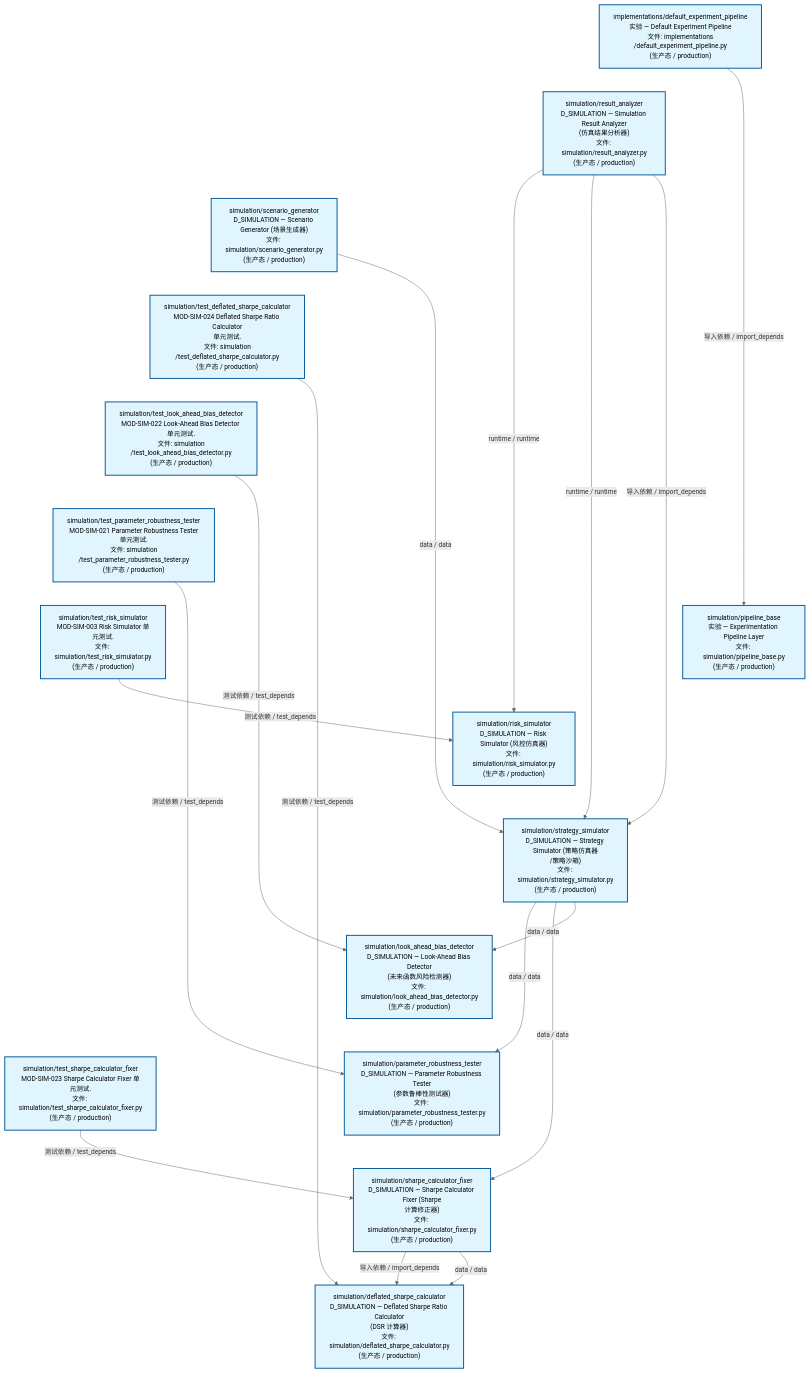
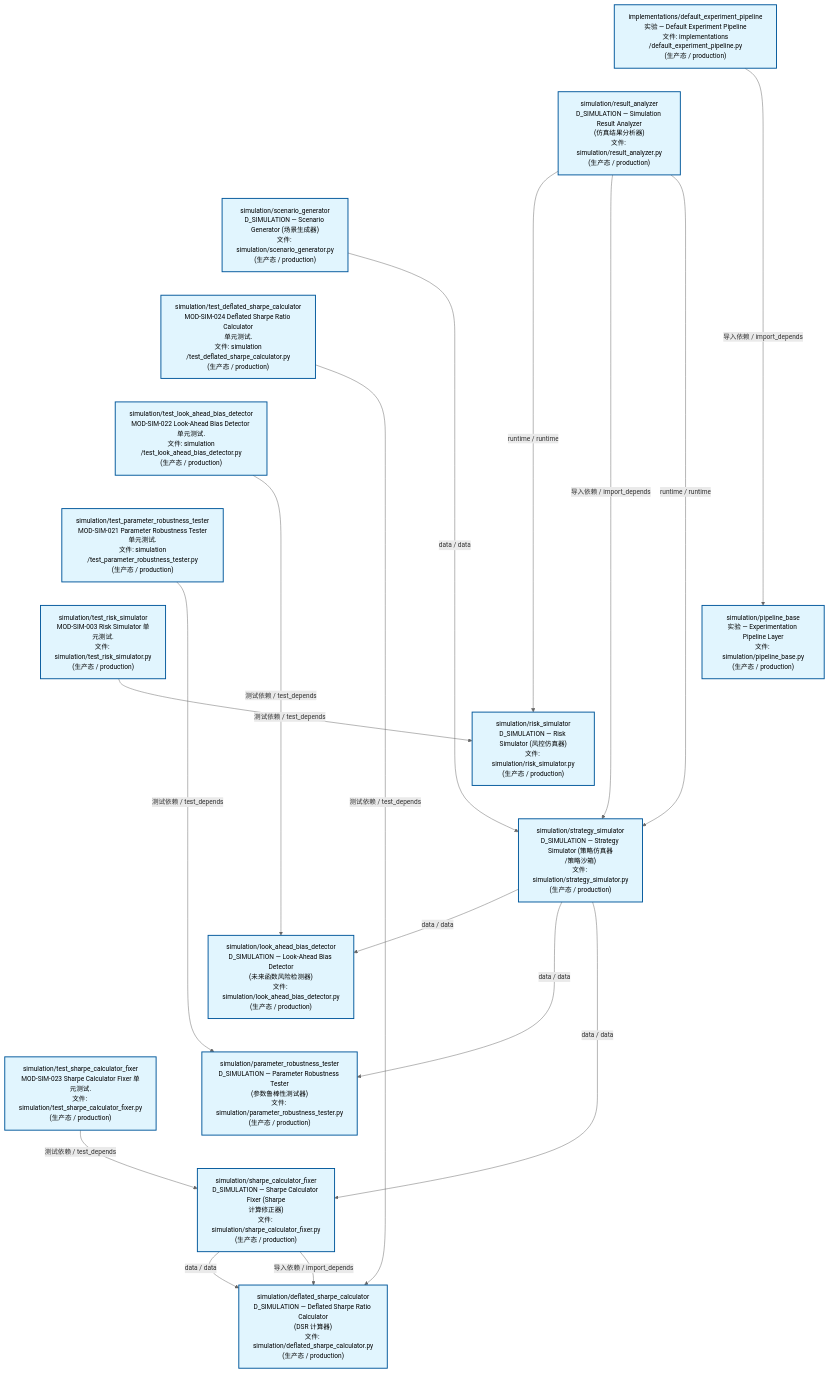
One commit to xuanFelixVan/ZephyrAlpha changed the second of 3 diagrams in docs/02_enterprise_architecture/02_domain_architecture_docs/70_d_simulation.md. Above: the diagram before and after it, drawn with Mermaid. The commit also changed other lines of this file and 49 other files, not shown here.

````diff
--- a/docs/02_enterprise_architecture/02_domain_architecture_docs/70_d_simulation.md
+++ b/docs/02_enterprise_architecture/02_domain_architecture_docs/70_d_simulation.md
@@ -123,50 +123,50 @@
 ```mermaid
 %%{init: {'theme': 'base', 'themeVariables': {'primaryColor': '#eaeaea', 'primaryTextColor': '#333333', 'primaryBorderColor': '#666666', 'lineColor': '#666666', 'secondaryColor': '#eaeaea', 'tertiaryColor': '#eaeaea', 'fontSize': '14px'}}}%%
 flowchart TD
     src_zephyr_simulation_implementations_default_experiment_pipeline_py["implementations/default_experiment_pipeline<br/>实验 — Default Experiment Pipeline<br/>文件: implementations<br/>/default_experiment_pipeline.py<br/>(生产态 / production)"]
     src_zephyr_simulation_result_analyzer_py["simulation/result_analyzer<br/>D_SIMULATION — Simulation Result Analyzer<br/>(仿真结果分析器)<br/>文件: simulation/result_analyzer.py<br/>(生产态 / production)"]
     src_zephyr_simulation_scenario_generator_py["simulation/scenario_generator<br/>D_SIMULATION — Scenario Generator (场景生成器)<br/>文件: simulation/scenario_generator.py<br/>(生产态 / production)"]
     tests_simulation_test_deflated_sharpe_calculator_py["simulation/test_deflated_sharpe_calculator<br/>MOD-SIM-024 Deflated Sharpe Ratio Calculator<br/>单元测试.<br/>文件: simulation<br/>/test_deflated_sharpe_calculator.py<br/>(生产态 / production)"]
     tests_simulation_test_look_ahead_bias_detector_py["simulation/test_look_ahead_bias_detector<br/>MOD-SIM-022 Look-Ahead Bias Detector 单元测试.<br/>文件: simulation<br/>/test_look_ahead_bias_detector.py<br/>(生产态 / production)"]
     tests_simulation_test_parameter_robustness_tester_py["simulation/test_parameter_robustness_tester<br/>MOD-SIM-021 Parameter Robustness Tester<br/>单元测试.<br/>文件: simulation<br/>/test_parameter_robustness_tester.py<br/>(生产态 / production)"]
     tests_simulation_test_risk_simulator_py["simulation/test_risk_simulator<br/>MOD-SIM-003 Risk Simulator 单元测试.<br/>文件: simulation/test_risk_simulator.py<br/>(生产态 / production)"]
     tests_simulation_test_sharpe_calculator_fixer_py["simulation/test_sharpe_calculator_fixer<br/>MOD-SIM-023 Sharpe Calculator Fixer 单元测试.<br/>文件: simulation/test_sharpe_calculator_fixer.py<br/>(生产态 / production)"]
     src_zephyr_simulation_implementations_default_experiment_pipeline_py ~~~ src_zephyr_simulation_result_analyzer_py
     src_zephyr_simulation_result_analyzer_py ~~~ src_zephyr_simulation_scenario_generator_py
     src_zephyr_simulation_scenario_generator_py ~~~ tests_simulation_test_deflated_sharpe_calculator_py
     tests_simulation_test_deflated_sharpe_calculator_py ~~~ tests_simulation_test_look_ahead_bias_detector_py
     tests_simulation_test_look_ahead_bias_detector_py ~~~ tests_simulation_test_parameter_robustness_tester_py
     tests_simulation_test_parameter_robustness_tester_py ~~~ tests_simulation_test_risk_simulator_py
     tests_simulation_test_risk_simulator_py ~~~ tests_simulation_test_sharpe_calculator_fixer_py
     src_zephyr_simulation_pipeline_base_py["simulation/pipeline_base<br/>实验 — Experimentation Pipeline Layer<br/>文件: simulation/pipeline_base.py<br/>(生产态 / production)"]
     src_zephyr_simulation_risk_simulator_py["simulation/risk_simulator<br/>D_SIMULATION — Risk Simulator (风控仿真器)<br/>文件: simulation/risk_simulator.py<br/>(生产态 / production)"]
     src_zephyr_simulation_strategy_simulator_py["simulation/strategy_simulator<br/>D_SIMULATION — Strategy Simulator (策略仿真器<br/>/策略沙箱)<br/>文件: simulation/strategy_simulator.py<br/>(生产态 / production)"]
     src_zephyr_simulation_pipeline_base_py ~~~ src_zephyr_simulation_risk_simulator_py
     src_zephyr_simulation_risk_simulator_py ~~~ src_zephyr_simulation_strategy_simulator_py
     src_zephyr_simulation_look_ahead_bias_detector_py["simulation/look_ahead_bias_detector<br/>D_SIMULATION — Look-Ahead Bias Detector<br/>(未来函数风险检测器)<br/>文件: simulation/look_ahead_bias_detector.py<br/>(生产态 / production)"]
     src_zephyr_simulation_parameter_robustness_tester_py["simulation/parameter_robustness_tester<br/>D_SIMULATION — Parameter Robustness Tester<br/>(参数鲁棒性测试器)<br/>文件: simulation/parameter_robustness_tester.py<br/>(生产态 / production)"]
     src_zephyr_simulation_sharpe_calculator_fixer_py["simulation/sharpe_calculator_fixer<br/>D_SIMULATION — Sharpe Calculator Fixer (Sharpe<br/>计算修正器)<br/>文件: simulation/sharpe_calculator_fixer.py<br/>(生产态 / production)"]
     src_zephyr_simulation_look_ahead_bias_detector_py ~~~ src_zephyr_simulation_parameter_robustness_tester_py
     src_zephyr_simulation_parameter_robustness_tester_py ~~~ src_zephyr_simulation_sharpe_calculator_fixer_py
     src_zephyr_simulation_deflated_sharpe_calculator_py["simulation/deflated_sharpe_calculator<br/>D_SIMULATION — Deflated Sharpe Ratio Calculator<br/>(DSR 计算器)<br/>文件: simulation/deflated_sharpe_calculator.py<br/>(生产态 / production)"]
+    src_zephyr_simulation_sharpe_calculator_fixer_py -->|data / data| src_zephyr_simulation_deflated_sharpe_calculator_py
+    src_zephyr_simulation_sharpe_calculator_fixer_py -->|导入依赖 / import_depends| src_zephyr_simulation_deflated_sharpe_calculator_py
     src_zephyr_simulation_result_analyzer_py -->|runtime / runtime| src_zephyr_simulation_risk_simulator_py
+    src_zephyr_simulation_result_analyzer_py -->|导入依赖 / import_depends| src_zephyr_simulation_strategy_simulator_py
     src_zephyr_simulation_result_analyzer_py -->|runtime / runtime| src_zephyr_simulation_strategy_simulator_py
-    src_zephyr_simulation_result_analyzer_py -->|导入依赖 / import_depends| src_zephyr_simulation_strategy_simulator_py
+    src_zephyr_simulation_implementations_default_experiment_pipeline_py -->|导入依赖 / import_depends| src_zephyr_simulation_pipeline_base_py
+    src_zephyr_simulation_scenario_generator_py -->|data / data| src_zephyr_simulation_strategy_simulator_py
+    src_zephyr_simulation_strategy_simulator_py -->|data / data| src_zephyr_simulation_look_ahead_bias_detector_py
     src_zephyr_simulation_strategy_simulator_py -->|data / data| src_zephyr_simulation_parameter_robustness_tester_py
     src_zephyr_simulation_strategy_simulator_py -->|data / data| src_zephyr_simulation_sharpe_calculator_fixer_py
-    src_zephyr_simulation_strategy_simulator_py -->|data / data| src_zephyr_simulation_look_ahead_bias_detector_py
-    src_zephyr_simulation_sharpe_calculator_fixer_py -->|导入依赖 / import_depends| src_zephyr_simulation_deflated_sharpe_calculator_py
-    src_zephyr_simulation_sharpe_calculator_fixer_py -->|data / data| src_zephyr_simulation_deflated_sharpe_calculator_py
-    src_zephyr_simulation_scenario_generator_py -->|data / data| src_zephyr_simulation_strategy_simulator_py
-    src_zephyr_simulation_implementations_default_experiment_pipeline_py -->|导入依赖 / import_depends| src_zephyr_simulation_pipeline_base_py
+    tests_simulation_test_risk_simulator_py -->|测试依赖 / test_depends| src_zephyr_simulation_risk_simulator_py
     tests_simulation_test_deflated_sharpe_calculator_py -->|测试依赖 / test_depends| src_zephyr_simulation_deflated_sharpe_calculator_py
+    tests_simulation_test_look_ahead_bias_detector_py -->|测试依赖 / test_depends| src_zephyr_simulation_look_ahead_bias_detector_py
     tests_simulation_test_parameter_robustness_tester_py -->|测试依赖 / test_depends| src_zephyr_simulation_parameter_robustness_tester_py
-    tests_simulation_test_look_ahead_bias_detector_py -->|测试依赖 / test_depends| src_zephyr_simulation_look_ahead_bias_detector_py
-    tests_simulation_test_risk_simulator_py -->|测试依赖 / test_depends| src_zephyr_simulation_risk_simulator_py
     tests_simulation_test_sharpe_calculator_fixer_py -->|测试依赖 / test_depends| src_zephyr_simulation_sharpe_calculator_fixer_py
     classDef production fill:#e1f5fe,stroke:#01579b,stroke-width:2px,color:#000
     classDef design fill:#fff3e0,stroke:#e65100,stroke-width:2px,color:#000,stroke-dasharray: 5 5
     classDef external_prod fill:#e8f4fd,stroke:#0277bd,stroke-width:1px,color:#000
     classDef external_design fill:#fff8e7,stroke:#ef6c00,stroke-width:1px,color:#000,stroke-dasharray: 5 5
     class src_zephyr_simulation_deflated_sharpe_calculator_py,src_zephyr_simulation_implementations_default_experiment_pipeline_py,src_zephyr_simulation_look_ahead_bias_detector_py,src_zephyr_simulation_parameter_robustness_tester_py,src_zephyr_simulation_pipeline_base_py,src_zephyr_simulation_result_analyzer_py,src_zephyr_simulation_risk_simulator_py,src_zephyr_simulation_scenario_generator_py,src_zephyr_simulation_sharpe_calculator_fixer_py,src_zephyr_simulation_strategy_simulator_py,tests_simulation_test_deflated_sharpe_calculator_py,tests_simulation_test_look_ahead_bias_detector_py,tests_simulation_test_parameter_robustness_tester_py,tests_simulation_test_risk_simulator_py,tests_simulation_test_sharpe_calculator_fixer_py production
 ```
````
